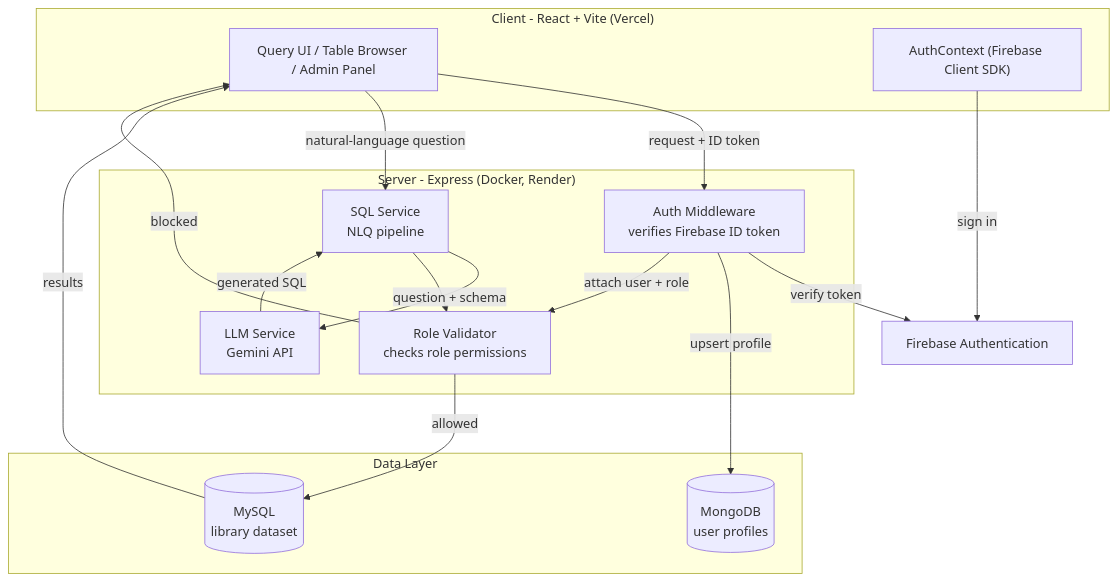
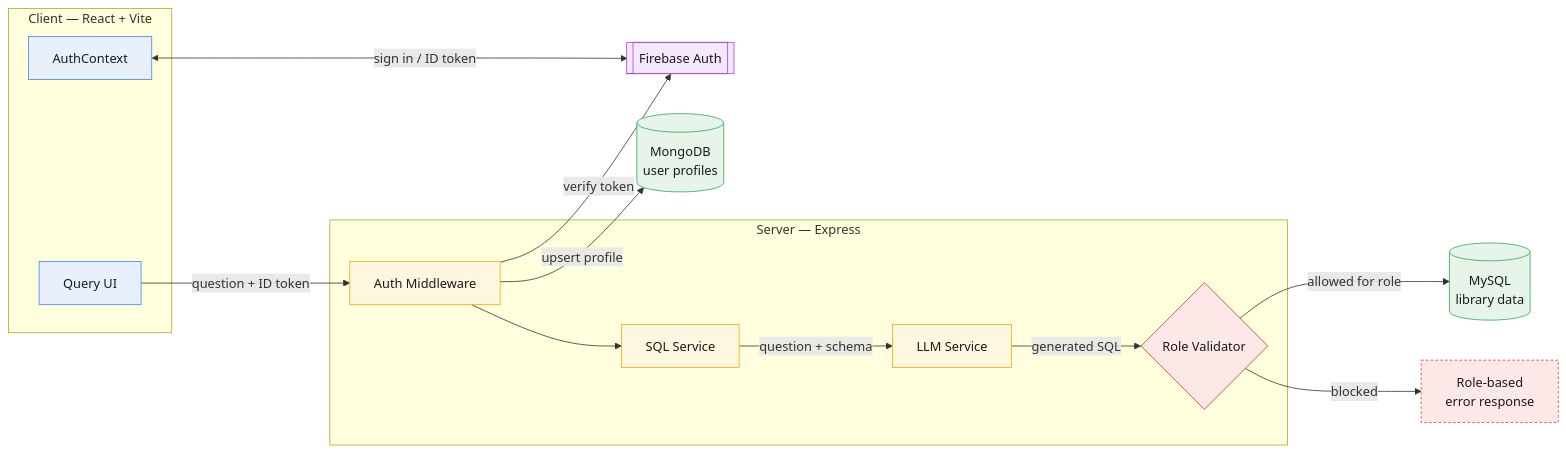
The diagram in README.md (devansh436/speak-sql), drawn with Mermaid before and after one commit. The commit also changed other lines of this file, not shown here.

Commit message:
doc: Improved architecture diagram

````diff
--- a/README.md
+++ b/README.md
@@ -97,34 +97,44 @@
 ```mermaid
-flowchart TB
-    subgraph CLIENT["Client - React + Vite (Vercel)"]
-        UI["Query UI / Table Browser / Admin Panel"]
-        AUTHCTX["AuthContext (Firebase Client SDK)"]
+flowchart LR
+    subgraph CLIENT["Client — React + Vite"]
+        AUTHCTX["AuthContext"]
+        UI["Query UI"]
     end
-
-    subgraph SERVER["Server - Express (Docker, Render)"]
-        MW["Auth Middleware<br/>verifies Firebase ID token"]
-        RV["Role Validator<br/>checks role permissions"]
-        SQLSVC["SQL Service<br/>NLQ pipeline"]
-        LLMSVC["LLM Service<br/>Gemini API"]
+ 
+    FIREBASE[["Firebase Auth"]]
+ 
+    subgraph SERVER["Server — Express"]
+        MW["Auth Middleware"]
+        SQLSVC["SQL Service"]
+        LLMSVC["LLM Service"]
+        RV{"Role Validator"}
     end
-
-    subgraph DATA["Data Layer"]
-        MYSQL[("MySQL<br/>library dataset")]
-        MONGO[("MongoDB<br/>user profiles")]
-    end
-
-    FIREBASE["Firebase Authentication"]
-
-    AUTHCTX -->|sign in| FIREBASE
-    UI -->|request + ID token| MW
-    MW -->|verify token| FIREBASE
-    MW -->|upsert profile| MONGO
-    MW -->|attach user + role| RV
-    UI -->|natural-language question| SQLSVC
-    SQLSVC -->|question + schema| LLMSVC
-    LLMSVC -->|generated SQL| SQLSVC
-    SQLSVC --> RV
-    RV -->|allowed| MYSQL
-    RV -->|blocked| UI
-    MYSQL -->|results| UI
+ 
+    MONGO[("MongoDB<br/>user profiles")]
+    MYSQL[("MySQL<br/>library data")]
+    ERROR["Role-based<br/>error response"]
+ 
+    AUTHCTX <-->|"sign in / ID token"| FIREBASE
+    UI -->|"question + ID token"| MW
+    MW -->|"verify token"| FIREBASE
+    MW -->|"upsert profile"| MONGO
+    MW --> SQLSVC
+    SQLSVC -->|"question + schema"| LLMSVC
+    LLMSVC -->|"generated SQL"| RV
+    RV -->|"allowed for role"| MYSQL
+    RV -->|"blocked"| ERROR
+ 
+    classDef client fill:#e8f0fe,stroke:#4285f4,color:#1a1a1a;
+    classDef server fill:#fef7e0,stroke:#f9ab00,color:#1a1a1a;
+    classDef data fill:#e6f4ea,stroke:#34a853,color:#1a1a1a;
+    classDef external fill:#f3e8fd,stroke:#a142f4,color:#1a1a1a;
+    classDef decision fill:#fce8e6,stroke:#d93025,color:#1a1a1a;
+    classDef error fill:#fce8e6,stroke:#d93025,color:#1a1a1a,stroke-dasharray: 3 3;
+ 
+    class AUTHCTX,UI client;
+    class MW,SQLSVC,LLMSVC server;
+    class RV decision;
+    class MONGO,MYSQL data;
+    class FIREBASE external;
+    class ERROR error;
 ```
````
